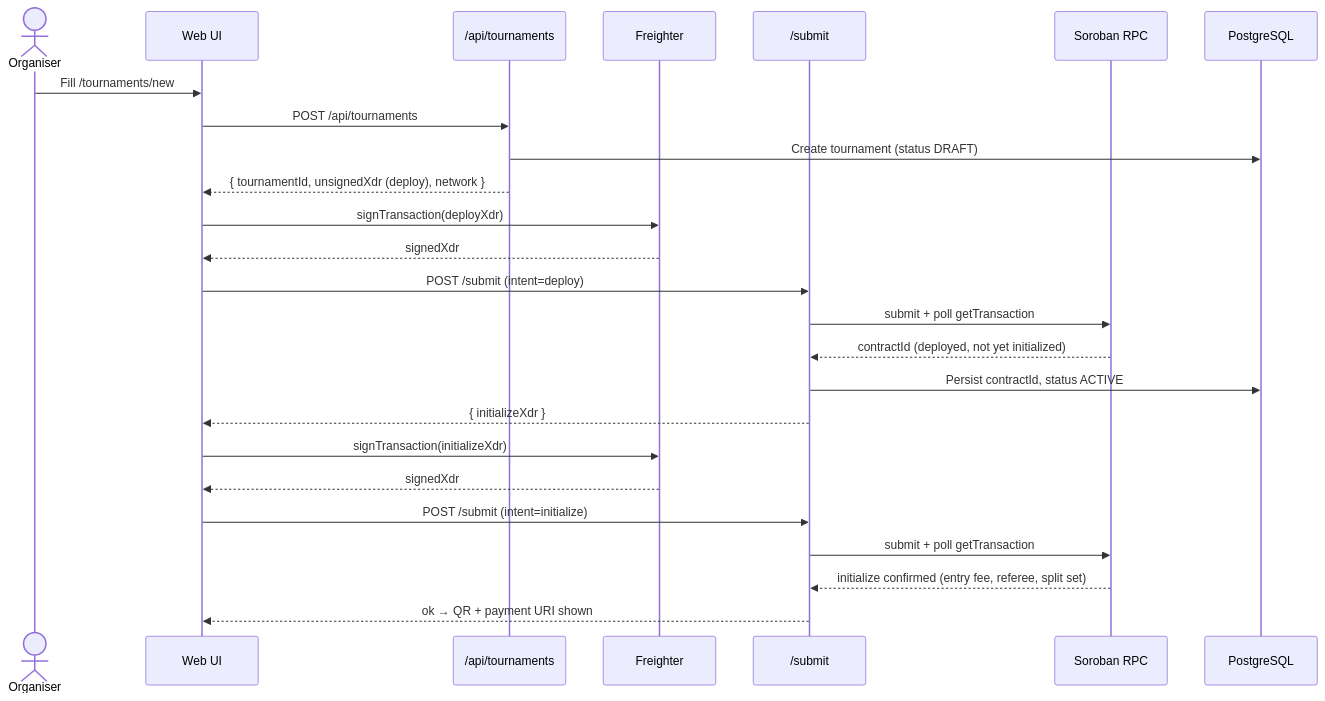
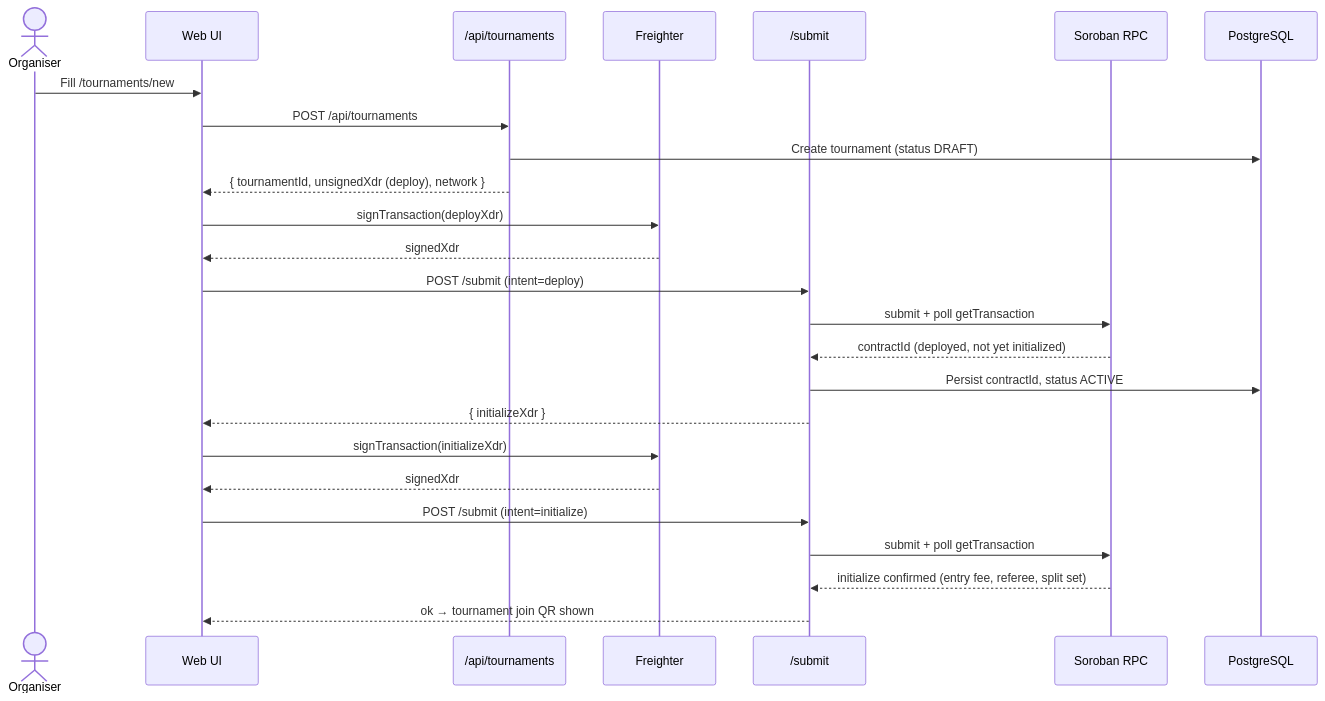
The second of 4 diagrams in README.md (artisam-ggg/ggg), drawn with Mermaid before and after one commit. The commit also changed other lines of this file and 20 other files, not shown here.

````diff
--- a/README.md
+++ b/README.md
@@ -159,28 +158,28 @@
 ```mermaid
 sequenceDiagram
     actor Org as Organiser
     participant UI as Web UI
     participant API as /api/tournaments
     participant FR as Freighter
     participant SUB as /submit
     participant RPC as Soroban RPC
     participant DB as PostgreSQL
 
     Org->>UI: Fill /tournaments/new
     UI->>API: POST /api/tournaments
     API->>DB: Create tournament (status DRAFT)
     API-->>UI: { tournamentId, unsignedXdr (deploy), network }
     UI->>FR: signTransaction(deployXdr)
     FR-->>UI: signedXdr
     UI->>SUB: POST /submit (intent=deploy)
     SUB->>RPC: submit + poll getTransaction
     RPC-->>SUB: contractId (deployed, not yet initialized)
     SUB->>DB: Persist contractId, status ACTIVE
     SUB-->>UI: { initializeXdr }
     UI->>FR: signTransaction(initializeXdr)
     FR-->>UI: signedXdr
     UI->>SUB: POST /submit (intent=initialize)
     SUB->>RPC: submit + poll getTransaction
     RPC-->>SUB: initialize confirmed (entry fee, referee, split set)
-    SUB-->>UI: ok → QR + payment URI shown
+    SUB-->>UI: ok → tournament join QR shown
 ```
````
